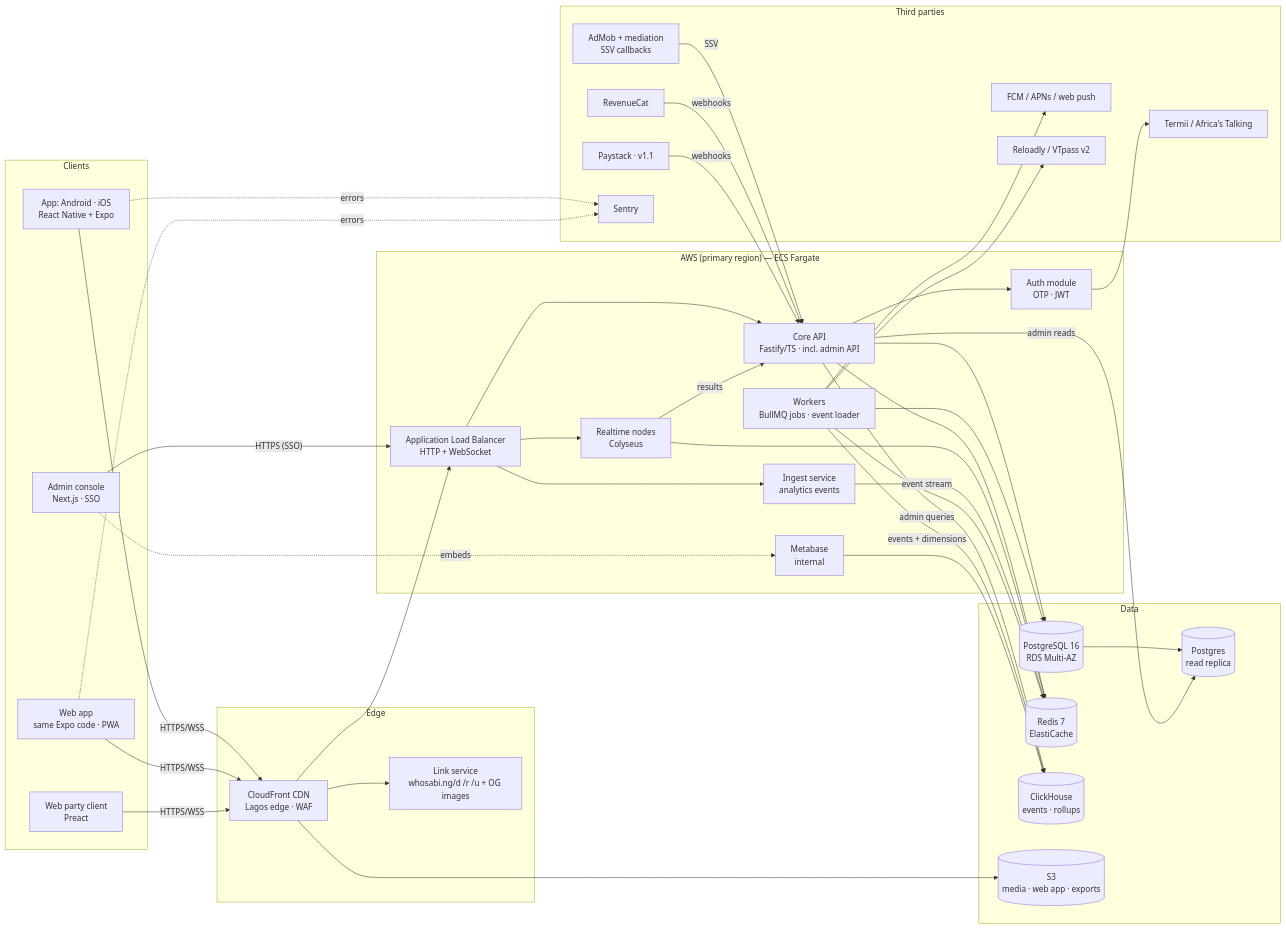
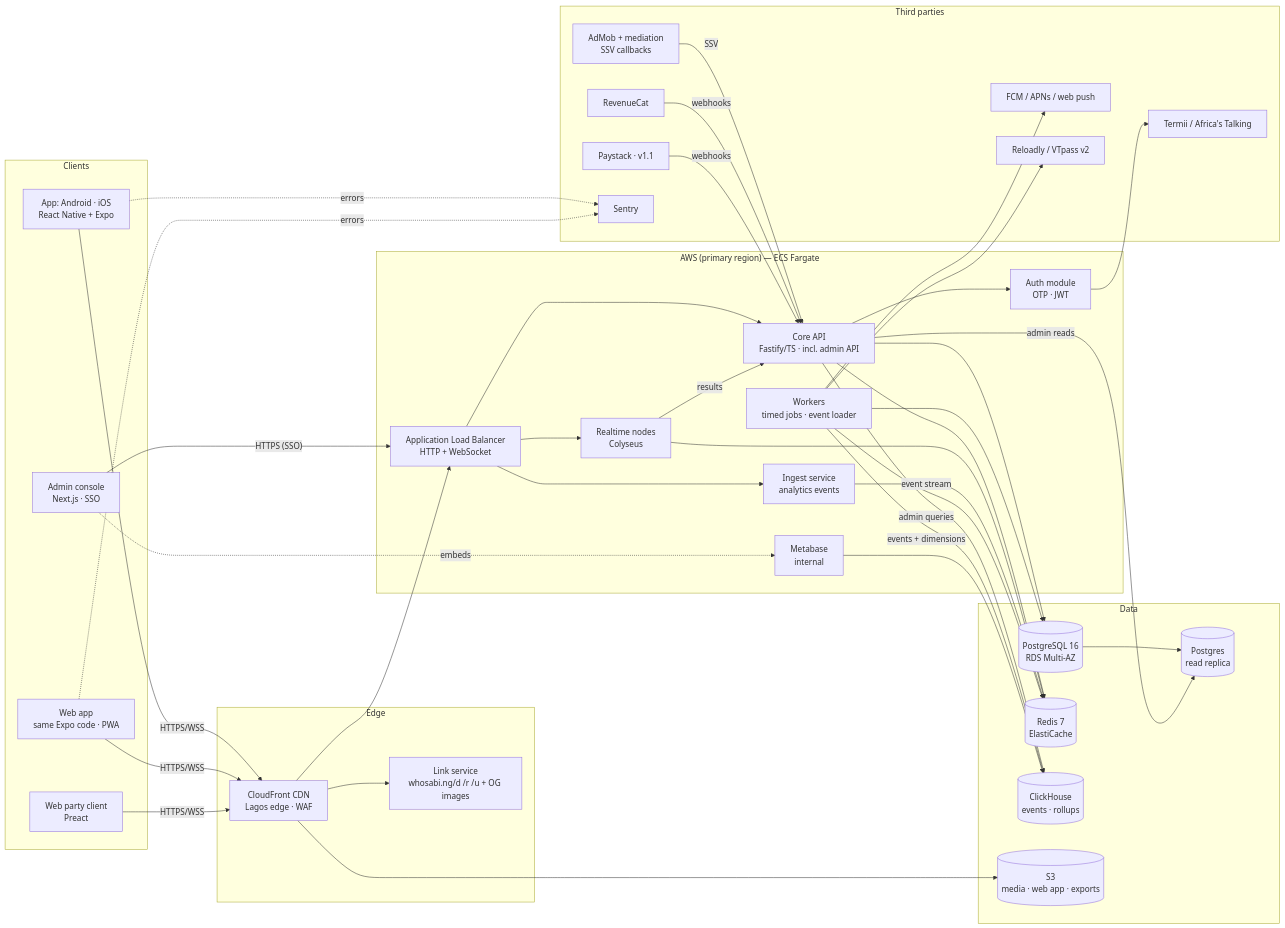
One commit to Realdiamond/Naija-Trivia changed the first of 4 diagrams in docs/07-system-architecture.md. Above: the diagram before and after it, drawn with Mermaid. The commit also changed other lines of this file and 25 other files, not shown here.

````diff
--- a/docs/07-system-architecture.md
+++ b/docs/07-system-architecture.md
@@ -9,75 +9,75 @@
 ```mermaid
 flowchart LR
   subgraph Clients
     APP[App: Android · iOS<br/>React Native + Expo]
     WEBAPP[Web app<br/>same Expo code · PWA]
     WEB[Web party client<br/>Preact]
     ADMIN[Admin console<br/>Next.js · SSO]
   end
 
   subgraph Edge
     CF[CloudFront CDN<br/>Lagos edge · WAF]
     LINKS[Link service<br/>whosabi.ng/d /r /u + OG images]
   end
 
   subgraph AWS["AWS (primary region) — ECS Fargate"]
     ALB[Application Load Balancer<br/>HTTP + WebSocket]
     API[Core API<br/>Fastify/TS · incl. admin API]
     RT[Realtime nodes<br/>Colyseus]
-    WRK[Workers<br/>BullMQ jobs · event loader]
+    WRK[Workers<br/>timed jobs · event loader]
     ING[Ingest service<br/>analytics events]
     AUTH[Auth module<br/>OTP · JWT]
     MB[Metabase<br/>internal]
   end
 
   subgraph Data
     PG[(PostgreSQL 16<br/>RDS Multi-AZ)]
     PGR[(Postgres<br/>read replica)]
     RDS[(Redis 7<br/>ElastiCache)]
     CH[(ClickHouse<br/>events · rollups)]
     S3[(S3<br/>media · web app · exports)]
   end
 
   subgraph ThirdParty[Third parties]
     SMS[Termii / Africa's Talking]
     FCM[FCM / APNs / web push]
     ADM[AdMob + mediation<br/>SSV callbacks]
     RC[RevenueCat]
     PSK[Paystack · v1.1]
     SEN[Sentry]
     AIR[Reloadly / VTpass v2]
   end
 
   APP -- HTTPS/WSS --> CF
   WEBAPP -- HTTPS/WSS --> CF
   WEB -- HTTPS/WSS --> CF
   ADMIN -- HTTPS (SSO) --> ALB
   CF --> ALB
   CF --> S3
   CF --> LINKS
   ALB --> API
   ALB --> RT
   ALB --> ING
   API --> PG
   PG --> PGR
   API --> RDS
   API -- admin reads --> PGR
   API -- admin queries --> CH
   RT --> RDS
   RT -- results --> API
   ING -- event stream --> RDS
   WRK --> PG
   WRK --> RDS
   WRK -- events + dimensions --> CH
   API --> AUTH
   AUTH --> SMS
   WRK --> FCM
   ADM -- SSV --> API
   RC -- webhooks --> API
   PSK -- webhooks --> API
   ADMIN -. embeds .-> MB
   MB --> CH
   APP -.errors.-> SEN
   WEBAPP -.errors.-> SEN
   WRK --> AIR
 ```
````
